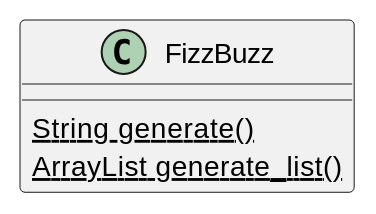
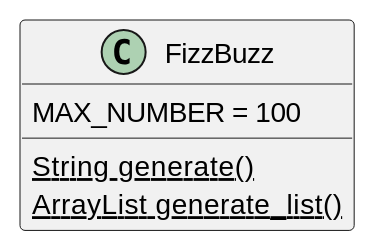
One commit to hiroshima-arc/tdd_rb changed the diagram in docs/src/spec/fizz_buzz.adoc. Above: the diagram before and after it, drawn with PlantUML. The commit also changed other lines of this file and 6 other files, not shown here.

```diff
--- a/docs/src/spec/fizz_buzz.adoc
+++ b/docs/src/spec/fizz_buzz.adoc
@@ -38,7 +37,8 @@
 [plantuml]
 ----
 class FizzBuzz {
+    MAX_NUMBER = 100
     {static} String generate()
     {static} ArrayList generate_list()
 }
 ----
```
